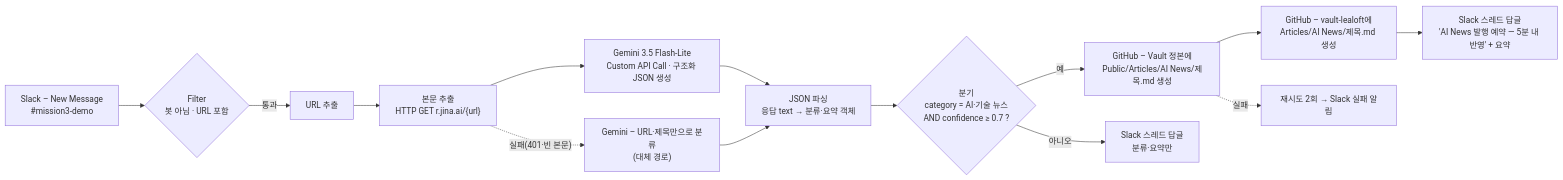
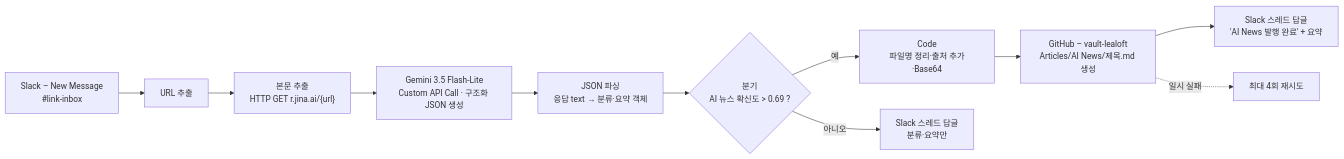
One commit to sujileelea/Codyssey changed the diagram in AI_Tools_Essentials/mission3/프로젝트2 설계 문서.md. Above: the diagram before and after it, drawn with Mermaid. The commit also changed other lines of this file and 1 other file, not shown here.

Commit message:
mission3: Lea-Loft Gemini 자동 발행 실측을 기록

````diff
--- a/AI_Tools_Essentials/mission3/프로젝트2 설계 문서.md
+++ b/AI_Tools_Essentials/mission3/프로젝트2 설계 문서.md
@@ -30,16 +30,13 @@
 ```mermaid
 flowchart LR
-    T["Slack – New Message<br/>#mission3-demo"] --> F{"Filter<br/>봇 아님 · URL 포함"}
-    F -- 통과 --> X["URL 추출"]
+    T["Slack – New Message<br/>#link-inbox"] --> X["URL 추출"]
     X --> H["본문 추출<br/>HTTP GET r.jina.ai/{url}"]
     H --> C["Gemini 3.5 Flash-Lite<br/>Custom API Call · 구조화 JSON 생성"]
     C --> P["JSON 파싱<br/>응답 text → 분류·요약 객체"]
-    P --> B{"분기<br/>category = AI·기술 뉴스<br/>AND confidence ≥ 0.7 ?"}
-    B -- 예 --> G1["GitHub – Vault 정본에<br/>Public/Articles/AI News/제목.md 생성"]
-    G1 --> G2["GitHub – vault-lealoft에<br/>Articles/AI News/제목.md 생성"]
-    G2 --> S1["Slack 스레드 답글<br/>'AI News 발행 예약 — 5분 내 반영' + 요약"]
+    P --> B{"분기<br/>AI 뉴스 확신도 > 0.69 ?"}
+    B -- 예 --> M["Code<br/>파일명 정리·출처 추가·Base64"]
+    M --> G["GitHub – vault-lealoft<br/>Articles/AI News/제목.md 생성"]
+    G --> S1["Slack 스레드 답글<br/>'AI News 발행 완료' + 요약"]
     B -- 아니오 --> S2["Slack 스레드 답글<br/>분류·요약만"]
-    H -. 실패(401·빈 본문) .-> C2["Gemini – URL·제목만으로 분류<br/>(대체 경로)"]
-    C2 --> P
-    G1 -. 실패 .-> R["재시도 2회 → Slack 실패 알림"]
+    G -. 일시 실패 .-> R["최대 4회 재시도"]
 ```
````
